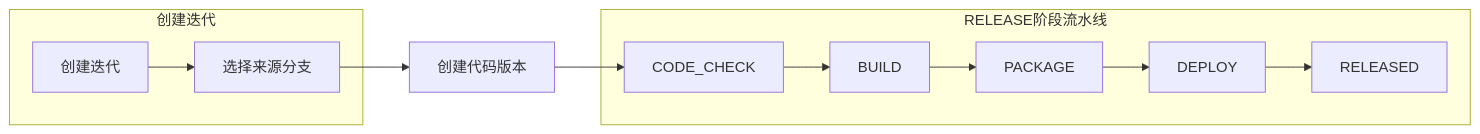
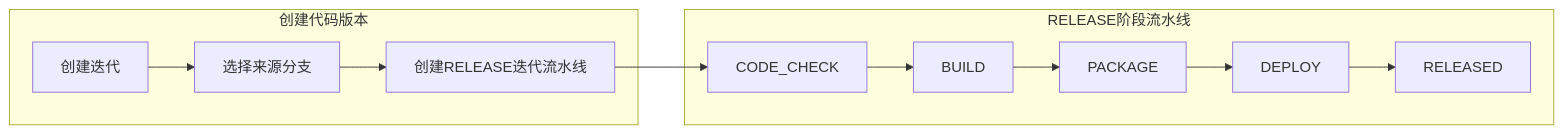
Before and after one commit to qdw497874677/high-code-doc: the third of 8 diagrams in docs/plans/procode-platform/hld/hld.md, drawn with Mermaid. The commit also changed other lines of this file, not shown here.

Commit message:
docs: 简化流程图调整，创建代码版本包含创建迭代和创建流水线

````diff
--- a/docs/plans/procode-platform/hld/hld.md
+++ b/docs/plans/procode-platform/hld/hld.md
@@ -154,16 +154,16 @@
 ```mermaid
 flowchart LR
-    subgraph 创建迭代
+    subgraph 创建代码版本
         A1[创建迭代] --> A2[选择来源分支]
+        A2 --> B0[创建RELEASE迭代流水线]
     end
 
-    A2 --> B0[创建代码版本]
     B0 --> C1
 
     subgraph RELEASE阶段流水线
         C1[CODE_CHECK] --> C2[BUILD]
         C2 --> C3[PACKAGE]
         C3 --> C4[DEPLOY]
         C4 --> C5[RELEASED]
     end
 ```
````
